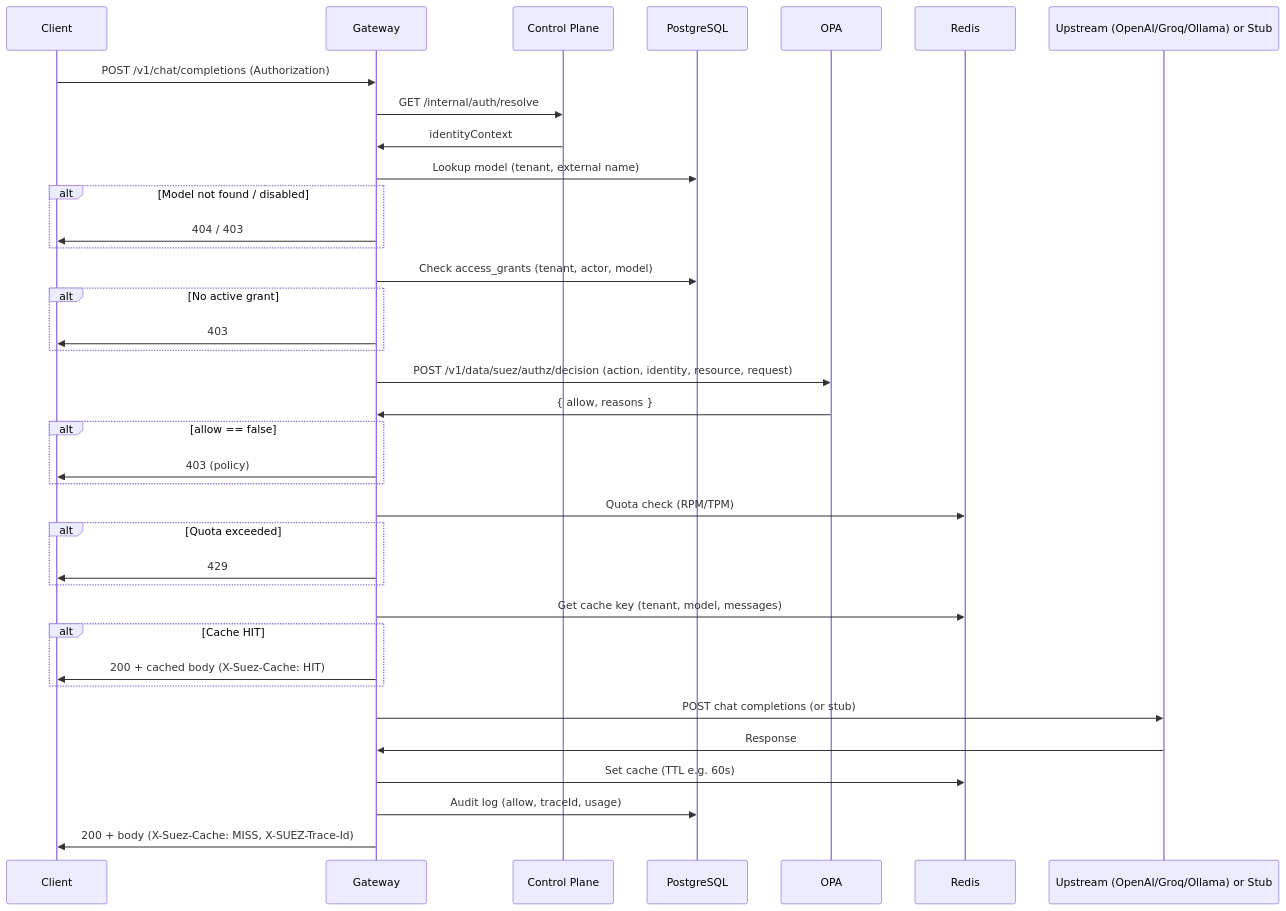
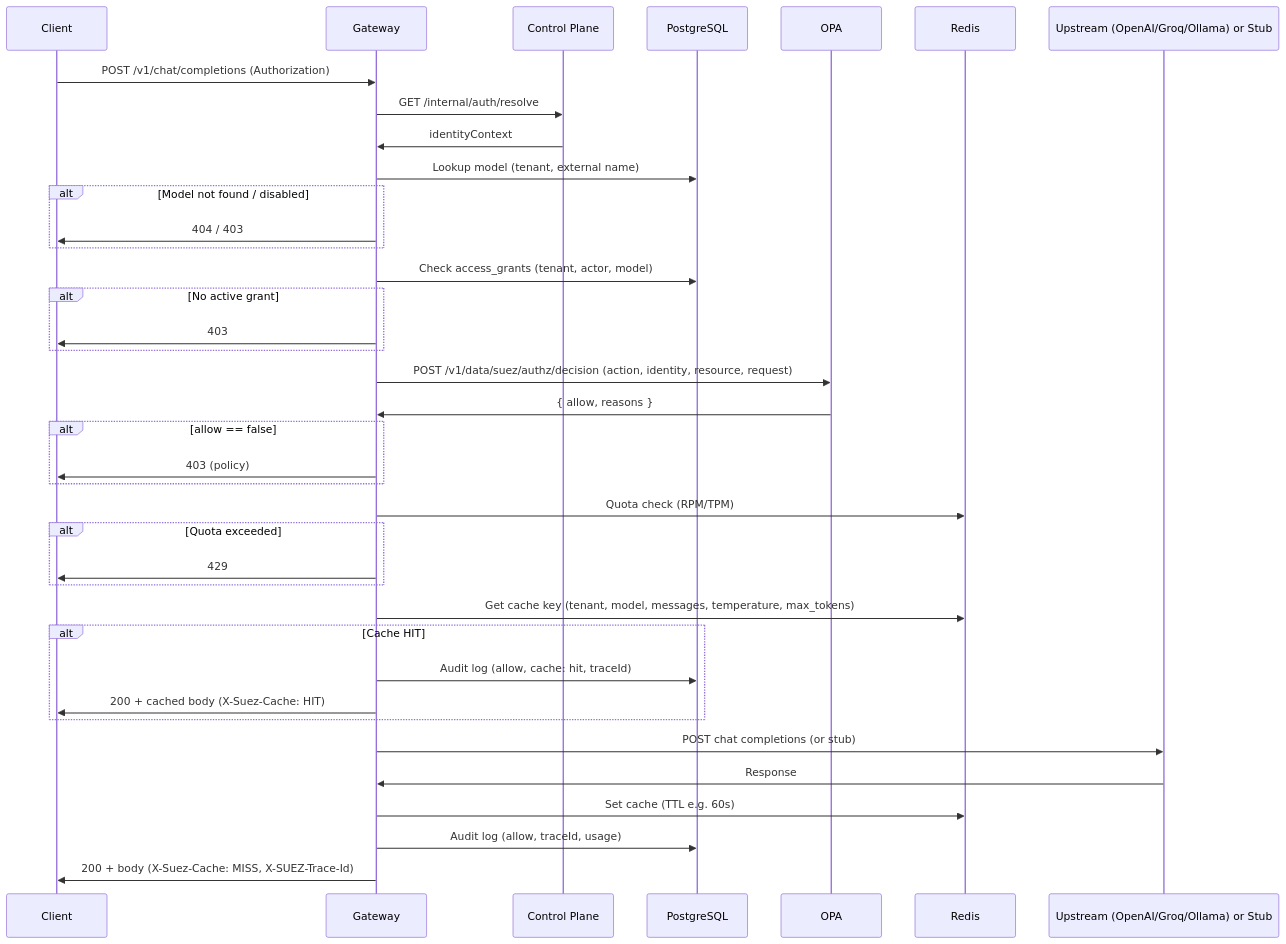
One commit to shushruth21/SUEZ-AI changed the fifth of 10 diagrams in docs/gateway-architecture.md. Above: the diagram before and after it, drawn with Mermaid. The commit also changed other lines of this file and 27 other files, not shown here.

````diff
--- a/docs/gateway-architecture.md
+++ b/docs/gateway-architecture.md
@@ -177,46 +175,47 @@
 ```mermaid
 sequenceDiagram
     participant Client
     participant GW as Gateway
     participant CP as Control Plane
     participant DB as PostgreSQL
     participant OPA as OPA
     participant Redis as Redis
     participant Upstream as Upstream (OpenAI/Groq/Ollama) or Stub
 
     Client->>GW: POST /v1/chat/completions (Authorization)
     GW->>CP: GET /internal/auth/resolve
     CP->>GW: identityContext
 
     GW->>DB: Lookup model (tenant, external name)
     alt Model not found / disabled
         GW->>Client: 404 / 403
     end
 
     GW->>DB: Check access_grants (tenant, actor, model)
     alt No active grant
         GW->>Client: 403
     end
 
     GW->>OPA: POST /v1/data/suez/authz/decision (action, identity, resource, request)
     OPA->>GW: { allow, reasons }
     alt allow == false
         GW->>Client: 403 (policy)
     end
 
     GW->>Redis: Quota check (RPM/TPM)
     alt Quota exceeded
         GW->>Client: 429
     end
 
-    GW->>Redis: Get cache key (tenant, model, messages)
+    GW->>Redis: Get cache key (tenant, model, messages, temperature, max_tokens)
     alt Cache HIT
+        GW->>DB: Audit log (allow, cache: hit, traceId)
         GW->>Client: 200 + cached body (X-Suez-Cache: HIT)
     end
 
     GW->>Upstream: POST chat completions (or stub)
     Upstream->>GW: Response
     GW->>Redis: Set cache (TTL e.g. 60s)
     GW->>DB: Audit log (allow, traceId, usage)
     GW->>Client: 200 + body (X-Suez-Cache: MISS, X-SUEZ-Trace-Id)
 ```
````
